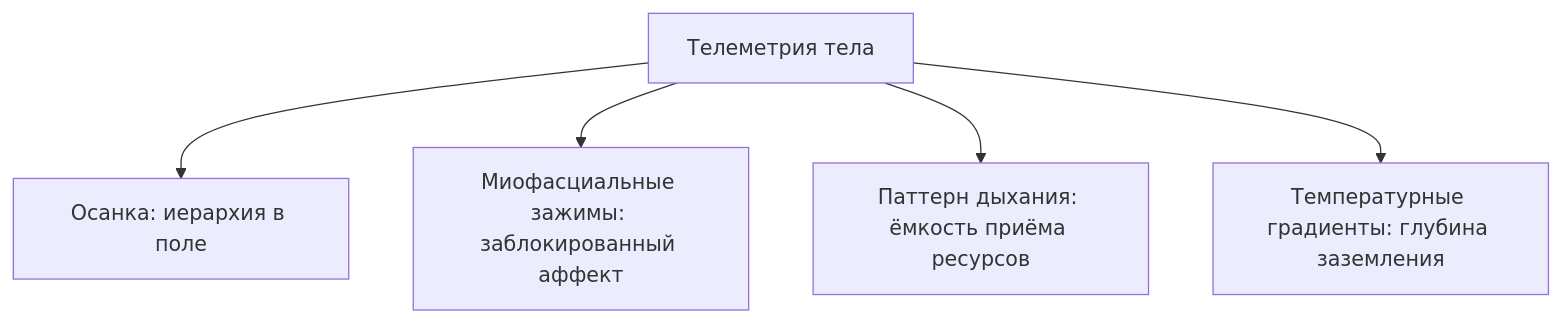
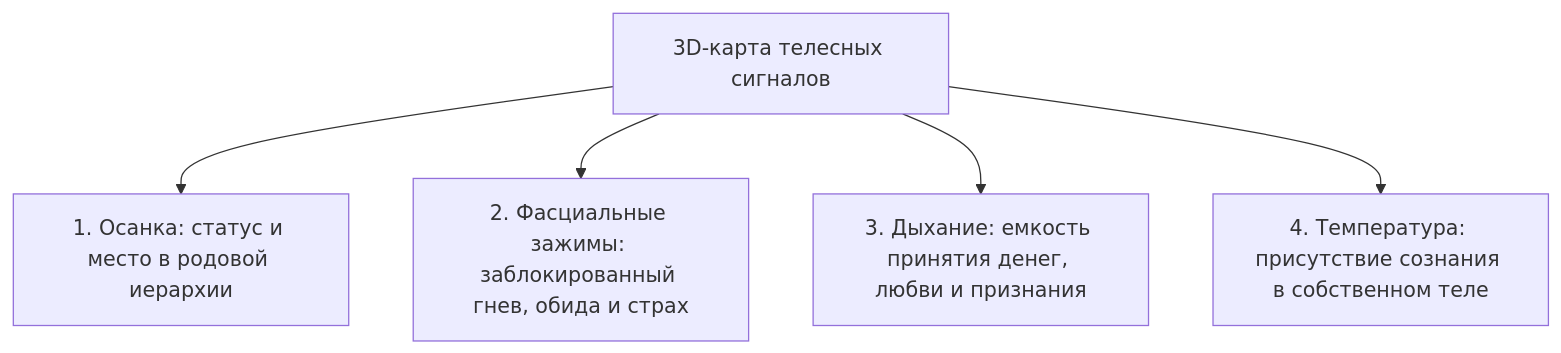
The diagram in root/30-sensors-as-3d-map/ru.mdx (GTFB/threebooks), drawn with Mermaid before and after one commit. The commit also changed other lines of this file and 40 other files, not shown here.

````diff
--- a/root/30-sensors-as-3d-map/ru.mdx
+++ b/root/30-sensors-as-3d-map/ru.mdx
@@ -27,7 +112,7 @@
 ```mermaid
-flowchart TB
-  A["Телеметрия тела"] --> B["Осанка: иерархия в поле"]
-  A --> C["Миофасциальные зажимы: заблокированный аффект"]
-  A --> D["Паттерн дыхания: ёмкость приёма ресурсов"]
-  A --> E["Температурные градиенты: глубина заземления"]
+flowchart TD
+  BodyMap["3D-карта телесных сигналов"] --> Layer1["1. Осанка: статус и место в родовой иерархии"]
+  BodyMap --> Layer2["2. Фасциальные зажимы: заблокированный гнев, обида и страх"]
+  BodyMap --> Layer3["3. Дыхание: емкость принятия денег, любви и признания"]
+  BodyMap --> Layer4["4. Температура: присутствие сознания в собственном теле"]
 ```
````
